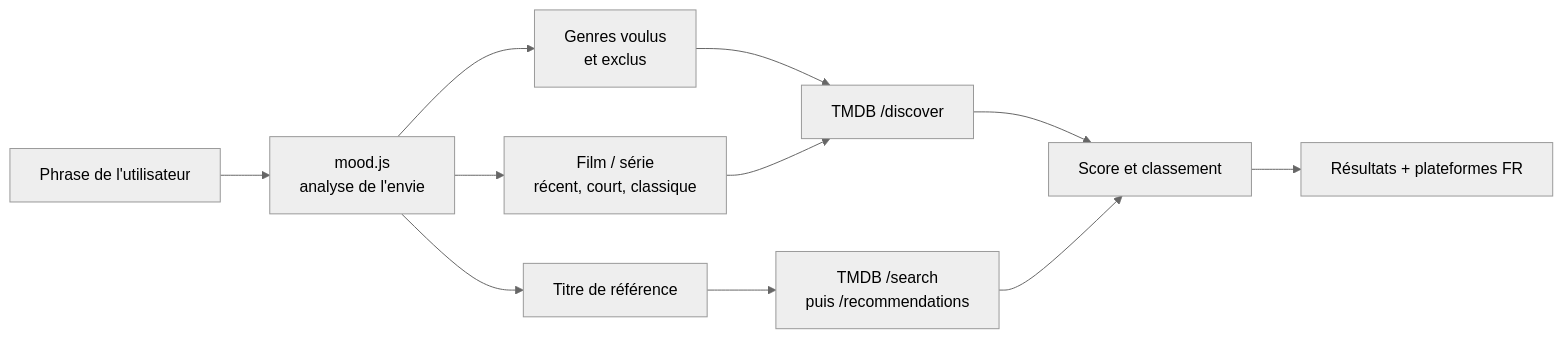
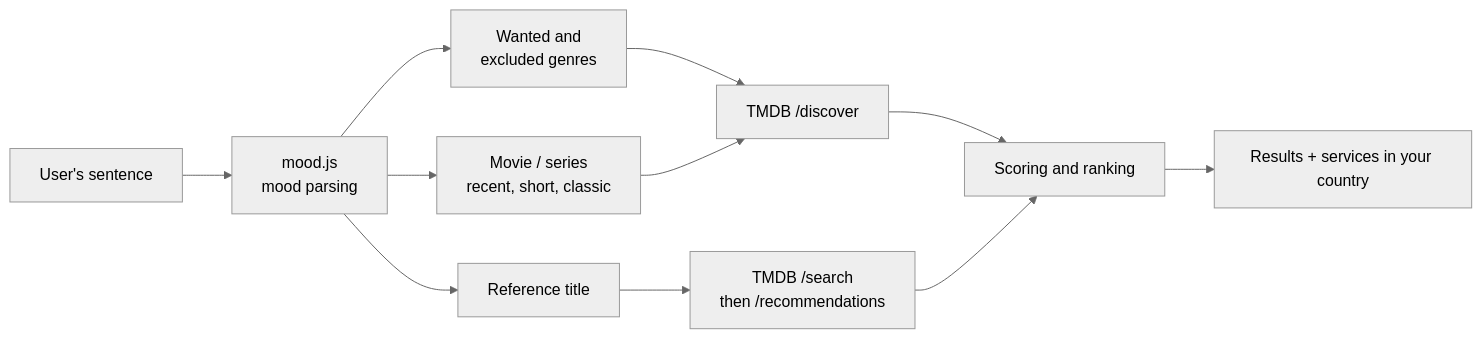
One commit to rliu-labs/cine-envie changed the diagram in README.md. Above: the diagram before and after it, drawn with Mermaid (neutral theme). The commit also changed other lines of this file and 14 other files, not shown here.

````diff
--- a/README.md
+++ b/README.md
@@ -60,11 +62,11 @@
 ```mermaid
 flowchart LR
-  A["Phrase de l'utilisateur"] --> B["mood.js<br/>analyse de l'envie"]
-  B --> C["Genres voulus<br/>et exclus"]
-  B --> D["Film / série<br/>récent, court, classique"]
-  B --> E["Titre de référence"]
+  A["User's sentence"] --> B["mood.js<br/>mood parsing"]
+  B --> C["Wanted and<br/>excluded genres"]
+  B --> D["Movie / series<br/>recent, short, classic"]
+  B --> E["Reference title"]
   C & D --> F["TMDB /discover"]
-  E --> G["TMDB /search<br/>puis /recommendations"]
-  F & G --> H["Score et classement"]
-  H --> I["Résultats + plateformes FR"]
+  E --> G["TMDB /search<br/>then /recommendations"]
+  F & G --> H["Scoring and ranking"]
+  H --> I["Results + services in your country"]
 ```
````
